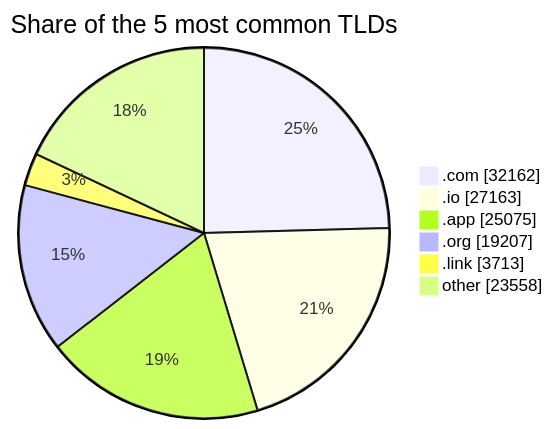
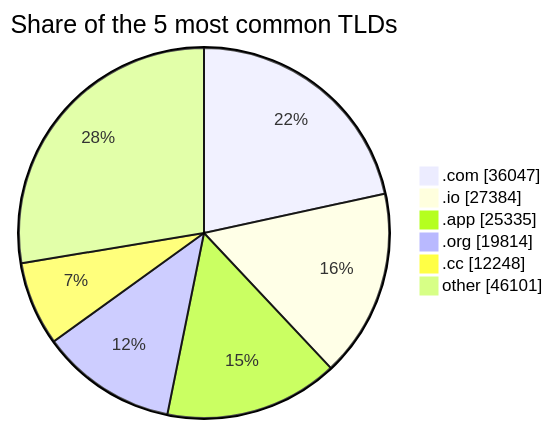
Before and after one commit to DNSBunker/CTI: the third of 3 diagrams in README.md, drawn with Mermaid. The commit also changed other lines of this file and 3 other files, not shown here.

````diff
--- a/README.md
+++ b/README.md
@@ -81,9 +81,9 @@
 ```mermaid
 pie showData title Share of the 5 most common TLDs
-    ".com" : 32162
-    ".io" : 27163
-    ".app" : 25075
-    ".org" : 19207
-    ".link" : 3713
-    "other" : 23558
+    ".com" : 36047
+    ".io" : 27384
+    ".app" : 25335
+    ".org" : 19814
+    ".cc" : 12248
+    "other" : 46101
 ```
````
